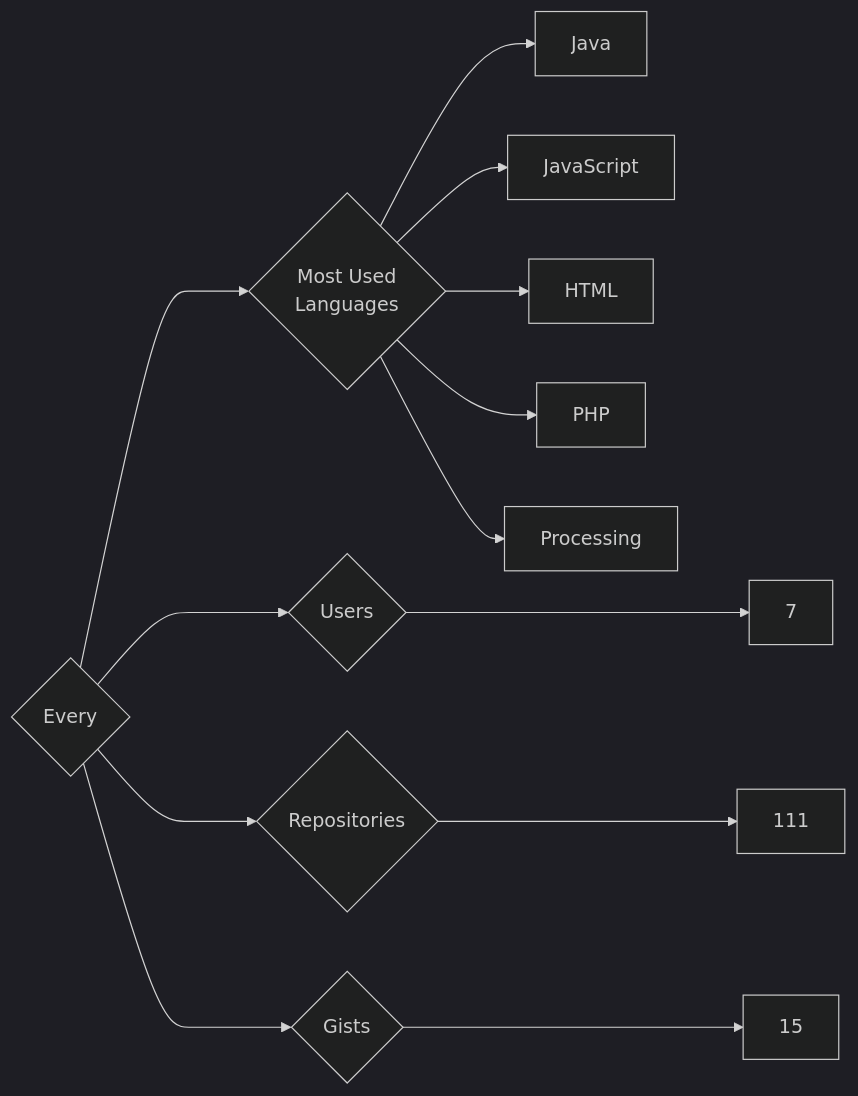
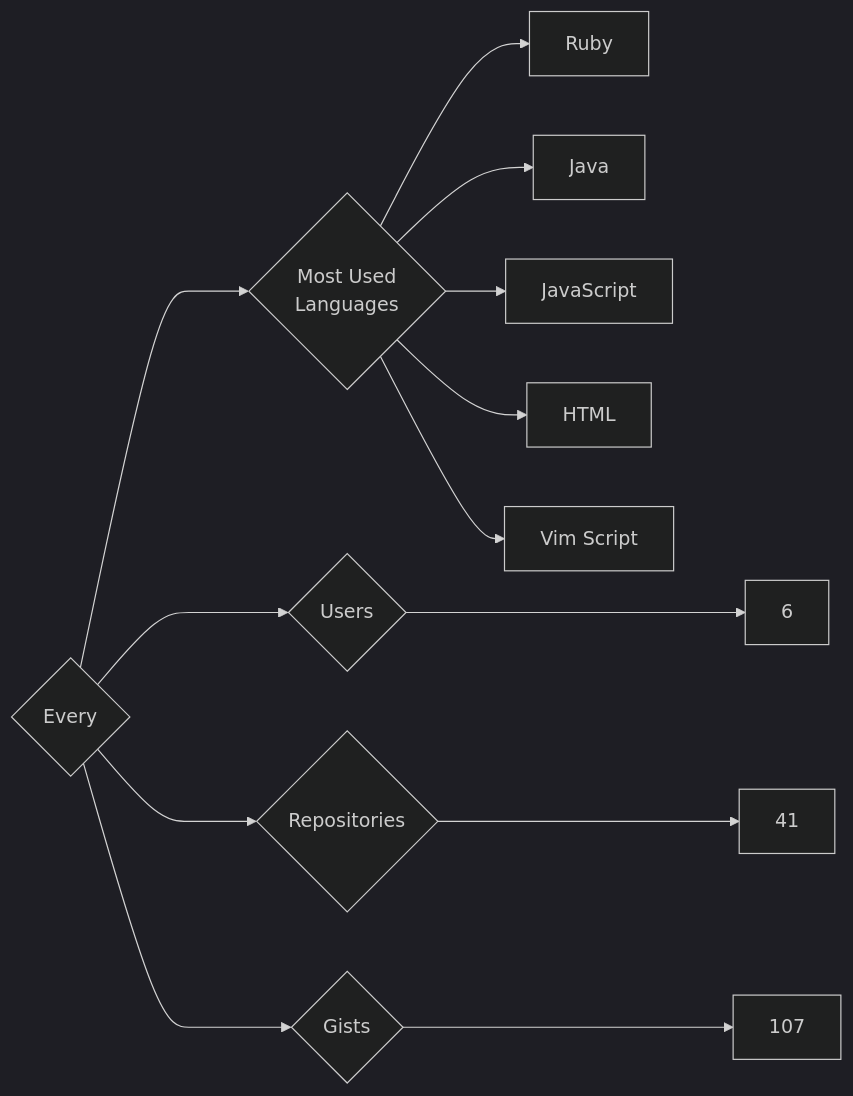
The diagram in targets/Every/README.md (trickest/insiders), drawn with Mermaid (dark theme) before and after one commit. The commit also changed 681 other files, not shown here.

````diff
--- a/targets/Every/README.md
+++ b/targets/Every/README.md
@@ -3,13 +3,13 @@
 ```mermaid
 graph LR
 COMPANY_NAME{Every}
-COMPANY_NAME ---> U{Users} ---> UN[7]
-COMPANY_NAME ---> R{Repositories} ---> RN[111]
-COMPANY_NAME ---> G{Gists} ---> GN[15]
+COMPANY_NAME ---> U{Users} ---> UN[6]
+COMPANY_NAME ---> R{Repositories} ---> RN[41]
+COMPANY_NAME ---> G{Gists} ---> GN[107]
 COMPANY_NAME ---> ML{Most Used<br>Languages}
+ML --> Ruby[Ruby]
 ML --> Java[Java]
 ML --> JavaScript[JavaScript]
 ML --> HTML[HTML]
-ML --> PHP[PHP]
-ML --> Processing[Processing]
+ML --> Vim_Script[Vim Script]
 ```
````
